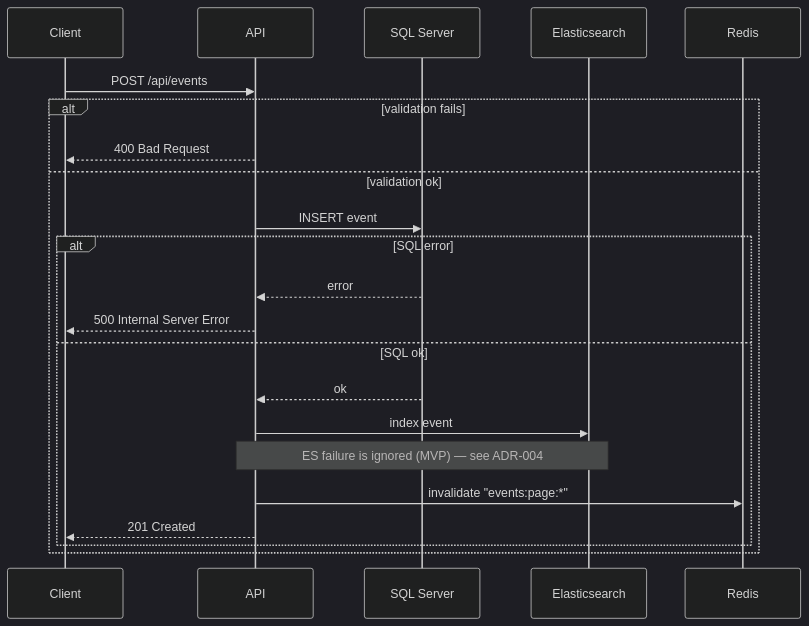
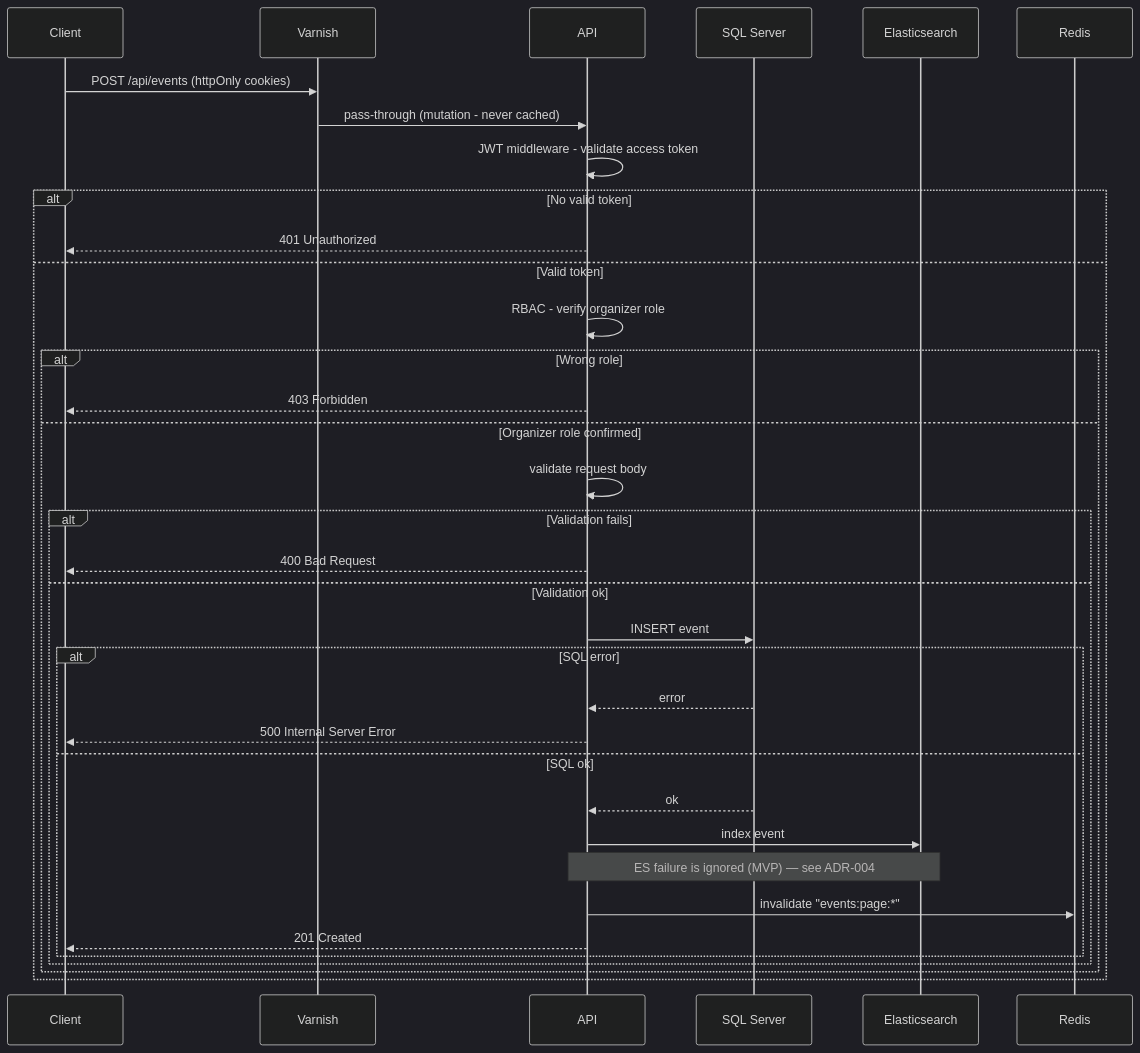
One commit to LaurentCondoure/EventManager changed the fifth of 11 diagrams in documentation/architecture/design/design-event-flows.md. Above: the diagram before and after it, drawn with Mermaid (dark theme). The commit also changed other lines of this file and 58 other files, not shown here.

````diff
--- a/documentation/architecture/design/design-event-flows.md
+++ b/documentation/architecture/design/design-event-flows.md
@@ -114,25 +212,38 @@
 ```mermaid
 sequenceDiagram
     participant Client
+    participant Varnish
     participant API
     participant SQL as SQL Server
     participant ES as Elasticsearch
     participant Redis
 
-    Client->>API: POST /api/events
-    alt validation fails
-        API-->>Client: 400 Bad Request
-    else validation ok
-        API->>SQL: INSERT event
-        alt SQL error
-            SQL-->>API: error
-            API-->>Client: 500 Internal Server Error
-        else SQL ok
-            SQL-->>API: ok
-            API->>ES: index event
-            note over API,ES: ES failure is ignored (MVP) — see ADR-004
-            API->>Redis: invalidate "events:page:*"
-            API-->>Client: 201 Created
+    Client->>Varnish: POST /api/events (httpOnly cookies)
+    Varnish->>API: pass-through (mutation - never cached)
+    API->>API: JWT middleware - validate access token
+    alt No valid token
+        API-->>Client: 401 Unauthorized
+    else Valid token
+        API->>API: RBAC - verify organizer role
+        alt Wrong role
+            API-->>Client: 403 Forbidden
+        else Organizer role confirmed
+            API->>API: validate request body
+            alt Validation fails
+                API-->>Client: 400 Bad Request
+            else Validation ok
+                API->>SQL: INSERT event
+                alt SQL error
+                    SQL-->>API: error
+                    API-->>Client: 500 Internal Server Error
+                else SQL ok
+                    SQL-->>API: ok
+                    API->>ES: index event
+                    note over API,ES: ES failure is ignored (MVP) — see ADR-004
+                    API->>Redis: invalidate "events:page:*"
+                    API-->>Client: 201 Created
+                end
+            end
         end
     end
 ```
````
